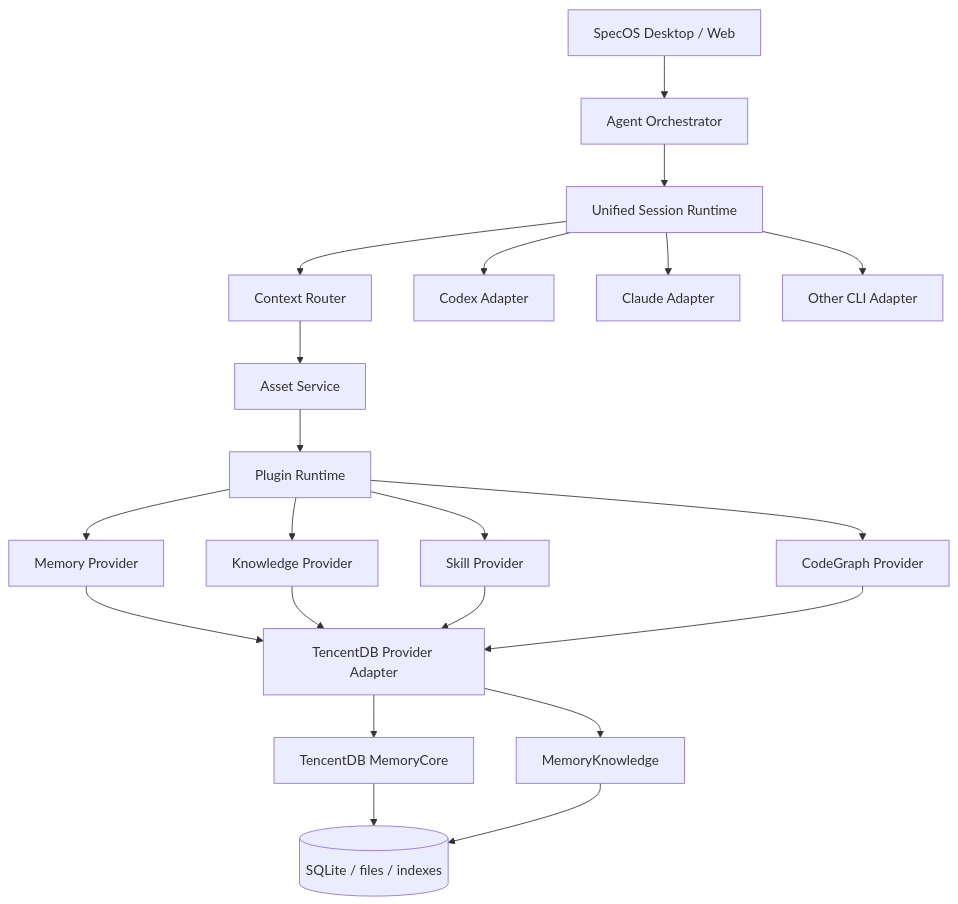
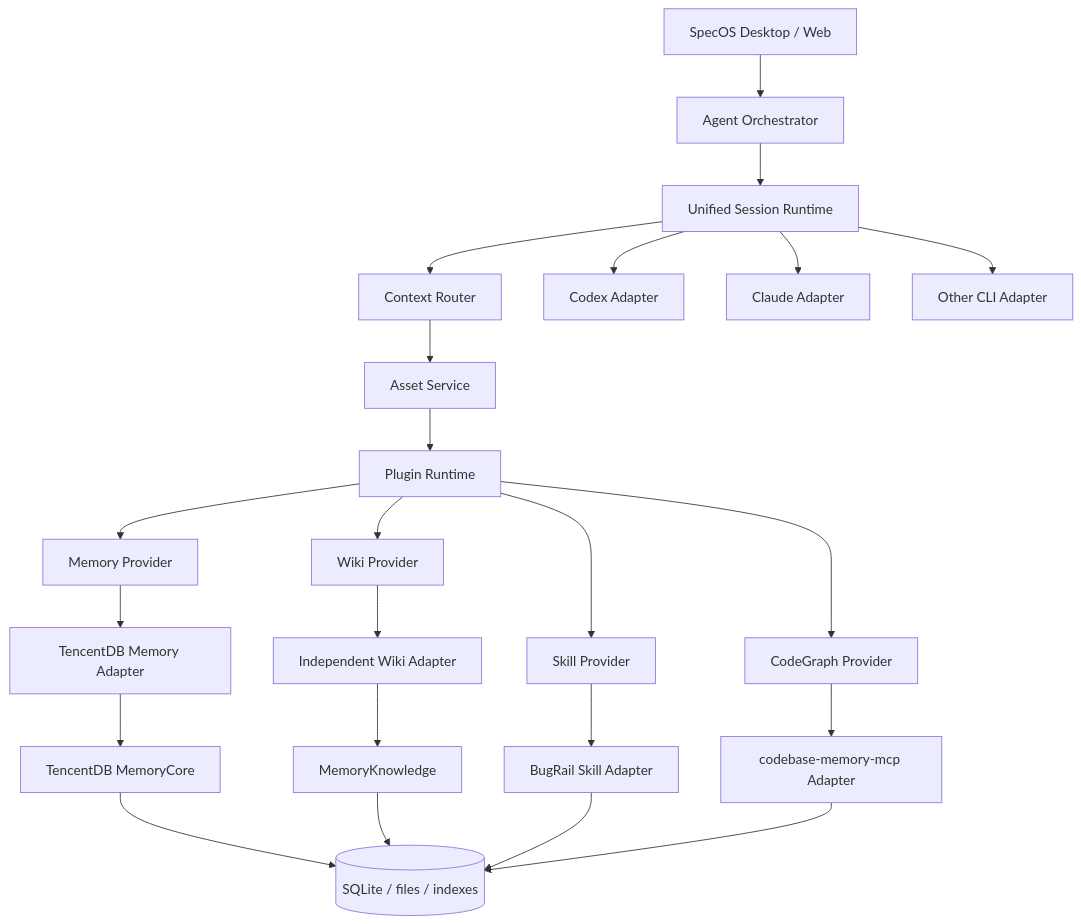
One commit to liquiid727/bugrail changed the diagram in .features/bugrail-specoos-memory/02-ARCH-系统架构与插件边界.md. Above: the diagram before and after it, drawn with Mermaid. The commit also changed other lines of this file and 55 other files, not shown here.

````diff
--- a/.features/bugrail-specoos-memory/02-ARCH-系统架构与插件边界.md
+++ b/.features/bugrail-specoos-memory/02-ARCH-系统架构与插件边界.md
@@ -5,47 +5,52 @@
 ```mermaid
 flowchart TB
     UI[SpecOS Desktop / Web]
     ORCH[Agent Orchestrator]
     SESS[Unified Session Runtime]
     CR[Context Router]
     ASSET[Asset Service]
     PLUG[Plugin Runtime]
 
     CLI1[Codex Adapter]
     CLI2[Claude Adapter]
     CLI3[Other CLI Adapter]
 
     MEM[Memory Provider]
-    KNOW[Knowledge Provider]
+    WIKI[Wiki Provider]
     SKILL[Skill Provider]
     CG[CodeGraph Provider]
 
-    TDB[TencentDB Provider Adapter]
+    MEMAD[TencentDB Memory Adapter]
+    WIKIAD[Independent Wiki Adapter]
+    SKILLAD[BugRail Skill Adapter]
+    CGAD[codebase-memory-mcp Adapter]
     CORE[TencentDB MemoryCore]
     KS[MemoryKnowledge]
     DB[(SQLite / files / indexes)]
 
     UI --> ORCH
     ORCH --> SESS
     SESS --> CR
     SESS --> CLI1
     SESS --> CLI2
     SESS --> CLI3
 
     CR --> ASSET
     ASSET --> PLUG
     PLUG --> MEM
-    PLUG --> KNOW
+    PLUG --> WIKI
     PLUG --> SKILL
     PLUG --> CG
 
-    MEM --> TDB
-    KNOW --> TDB
-    SKILL --> TDB
-    CG --> TDB
+    MEM --> MEMAD
+    WIKI --> WIKIAD
+    SKILL --> SKILLAD
+    CG --> CGAD
 
-    TDB --> CORE
-    TDB --> KS
+    MEMAD --> CORE
+    WIKIAD --> KS
     CORE --> DB
     KS --> DB
+    SKILLAD --> DB
+    CGAD --> DB
 ```
````
